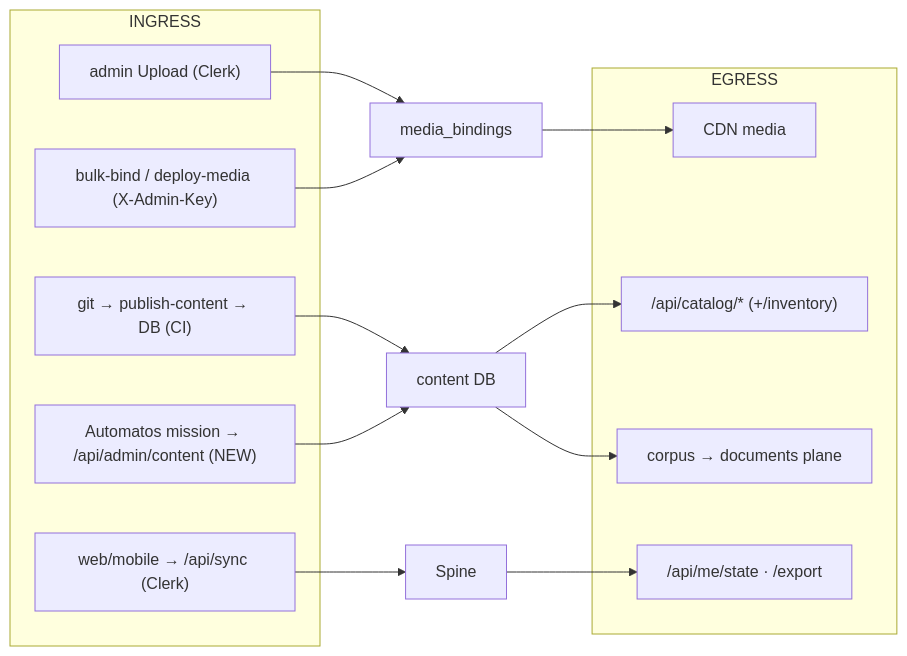
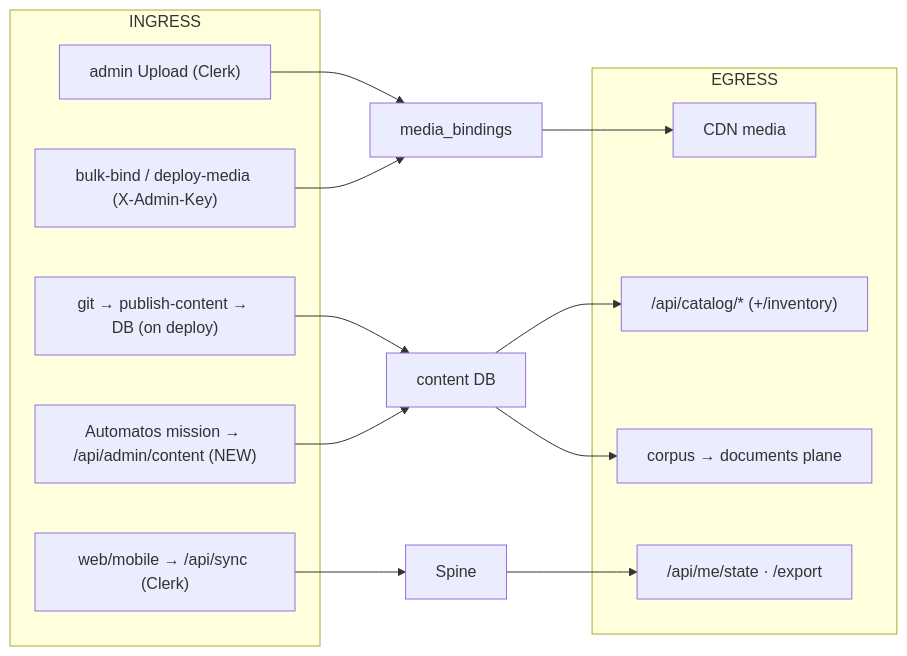
One commit to AutomatosAI/automatos-academy changed the fourth of 6 diagrams in docs/architecture/PLATFORM-ARCHITECTURE.md. Above: the diagram before and after it, drawn with Mermaid. The commit also changed other lines of this file and 20 other files, not shown here.

````diff
--- a/docs/architecture/PLATFORM-ARCHITECTURE.md
+++ b/docs/architecture/PLATFORM-ARCHITECTURE.md
@@ -122,23 +122,23 @@
 ```mermaid
 flowchart LR
     subgraph IN["INGRESS"]
         i1["admin Upload (Clerk)"]
         i2["bulk-bind / deploy-media (X-Admin-Key)"]
-        i3["git → publish-content → DB (CI)"]
+        i3["git → publish-content → DB (on deploy)"]
         i4["Automatos mission → /api/admin/content (NEW)"]
         i5["web/mobile → /api/sync (Clerk)"]
     end
     subgraph OUT["EGRESS"]
         o1["/api/catalog/* (+/inventory)"]
         o2["/api/me/state · /export"]
         o3["corpus → documents plane"]
         o4["CDN media"]
     end
     i1 & i2 --> MEDIA[media_bindings]
     i3 & i4 --> CONTENT[content DB]
     i5 --> SPINE[Spine]
     CONTENT --> o1
     SPINE --> o2
     CONTENT --> o3
     MEDIA --> o4
 ```
````
